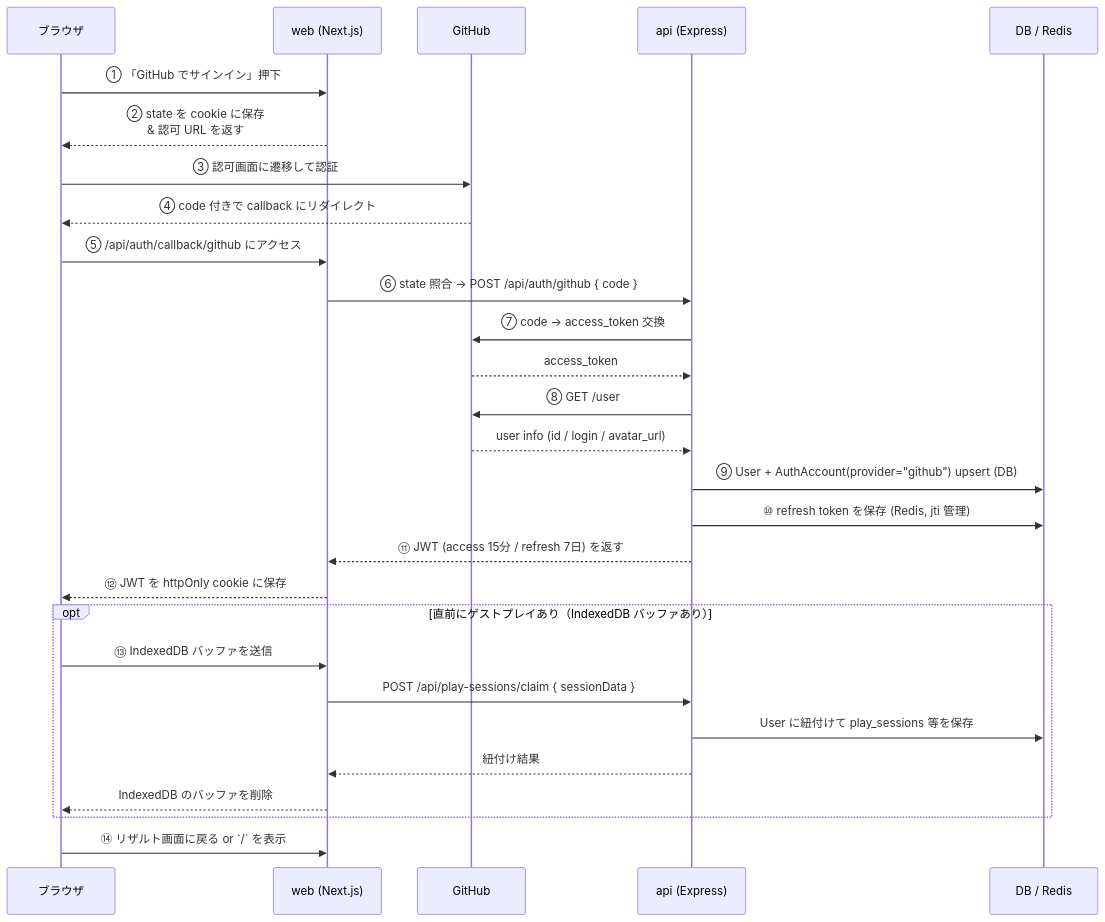
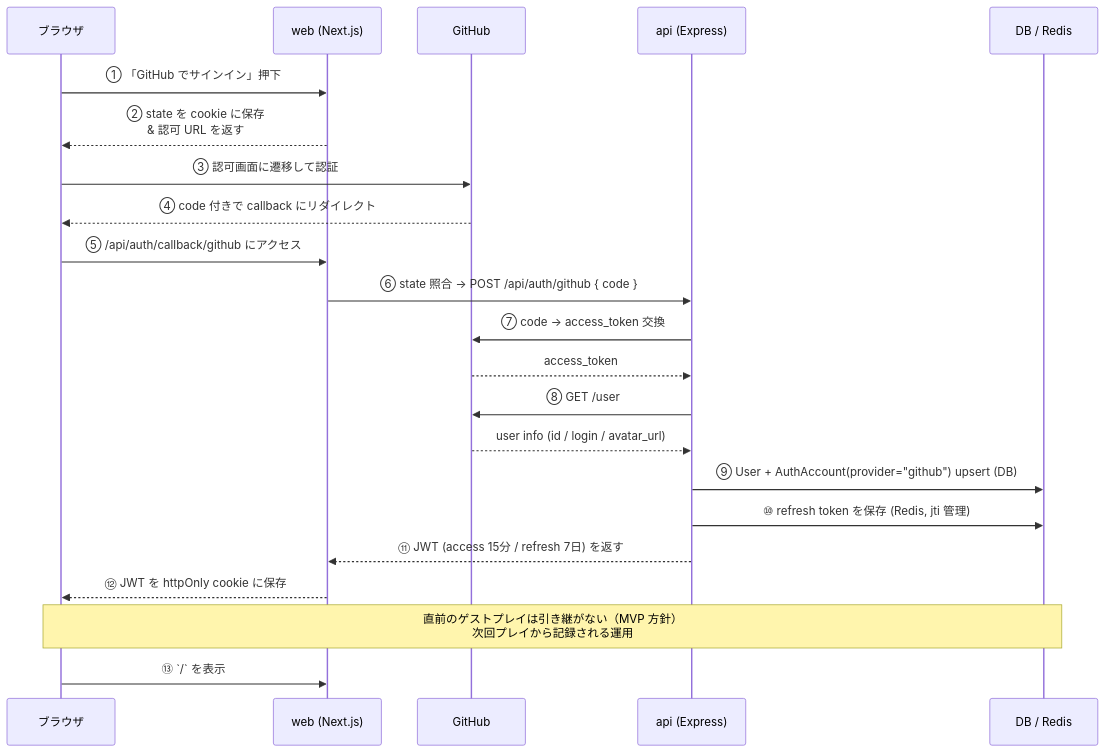
The diagram in docs/spec/github-auth/README.md (kentakki416/typing-royale), drawn with Mermaid before and after one commit. The commit also changed other lines of this file and 6 other files, not shown here.

First line of the commit message:
docs(guest-play): TODO と関連仕様書を MVP 方針 (claim/IndexedDB 廃止) に更新

````diff
--- a/docs/spec/github-auth/README.md
+++ b/docs/spec/github-auth/README.md
@@ -194,33 +195,27 @@
 ```mermaid
 sequenceDiagram
     participant Browser as ブラウザ
     participant Web as web (Next.js)
     participant GitHub as GitHub
     participant Api as api (Express)
     participant Store as DB / Redis
 
     Browser->>Web: ① 「GitHub でサインイン」押下
     Web-->>Browser: ② state を cookie に保存<br/>& 認可 URL を返す
     Browser->>GitHub: ③ 認可画面に遷移して認証
     GitHub-->>Browser: ④ code 付きで callback にリダイレクト
     Browser->>Web: ⑤ /api/auth/callback/github にアクセス
     Web->>Api: ⑥ state 照合 → POST /api/auth/github { code }
     Api->>GitHub: ⑦ code → access_token 交換
     GitHub-->>Api: access_token
     Api->>GitHub: ⑧ GET /user
     GitHub-->>Api: user info (id / login / avatar_url)
     Api->>Store: ⑨ User + AuthAccount(provider="github") upsert (DB)
     Api->>Store: ⑩ refresh token を保存 (Redis, jti 管理)
     Api-->>Web: ⑪ JWT (access 15分 / refresh 7日) を返す
     Web-->>Browser: ⑫ JWT を httpOnly cookie に保存
 
-    opt 直前にゲストプレイあり（IndexedDB バッファあり）
-        Browser->>Web: ⑬ IndexedDB バッファを送信
-        Web->>Api: POST /api/play-sessions/claim { sessionData }
-        Api->>Store: User に紐付けて play_sessions 等を保存
-        Api-->>Web: 紐付け結果
-        Web-->>Browser: IndexedDB のバッファを削除
-    end
+    Note over Browser,Store: 直前のゲストプレイは引き継がない（MVP 方針）<br/>次回プレイから記録される運用
 
-    Browser->>Web: ⑭ リザルト画面に戻る or `/` を表示
+    Browser->>Web: ⑬ `/` を表示
 ```
````
